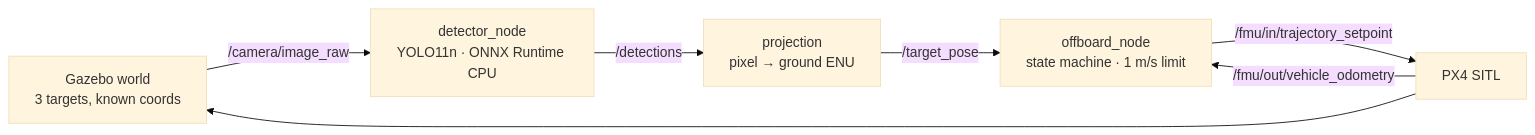
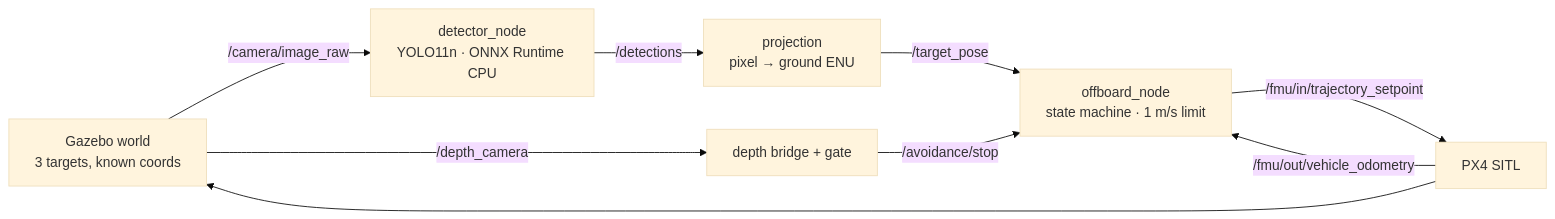
One commit to wuuu854-boop/uav-yolo-offboard-tracking changed the diagram in README.md. Above: the diagram before and after it, drawn with Mermaid (base theme). The commit also changed other lines of this file and 44 other files, not shown here.

First line of the commit message:
feat(avoidance): stop before a wall with a forward depth camera

````diff
--- a/README.md
+++ b/README.md
@@ -171,9 +205,11 @@
 ```mermaid
 flowchart LR
   G[Gazebo world<br/>3 targets, known coords] -->|/camera/image_raw| D[detector_node<br/>YOLO11n · ONNX Runtime CPU]
   D -->|/detections| P[projection<br/>pixel → ground ENU]
   P -->|/target_pose| C[offboard_node<br/>state machine · 1 m/s limit]
+  G -->|/depth_camera| Z[depth bridge + gate]
+  Z -->|/avoidance/stop| C
   C -->|/fmu/in/trajectory_setpoint| X[PX4 SITL]
   X -->|/fmu/out/vehicle_odometry| C
   X --> G
 ```
````
